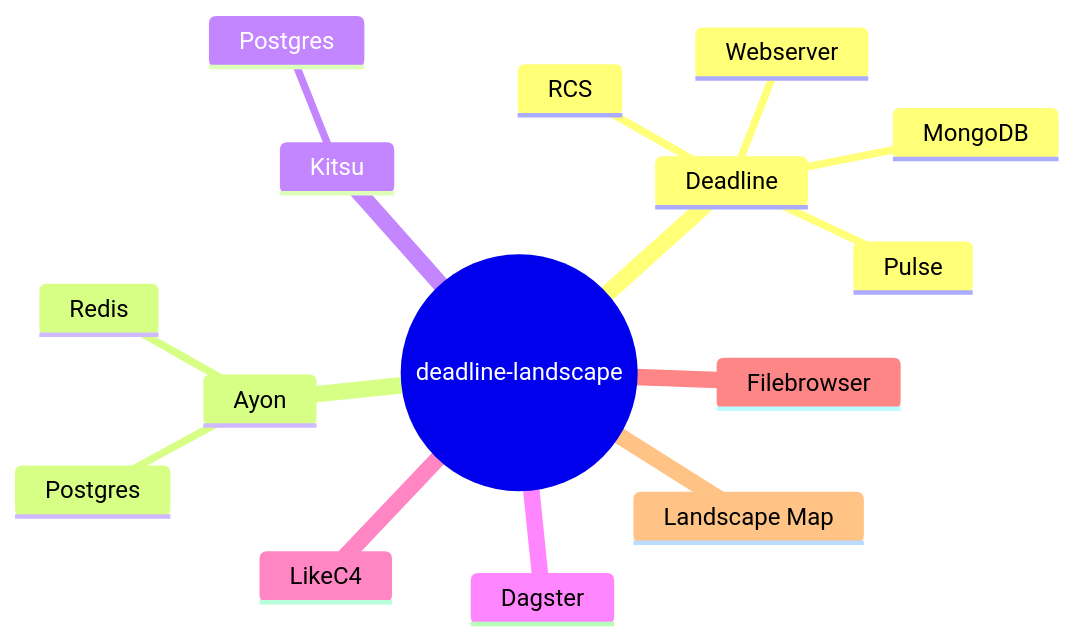
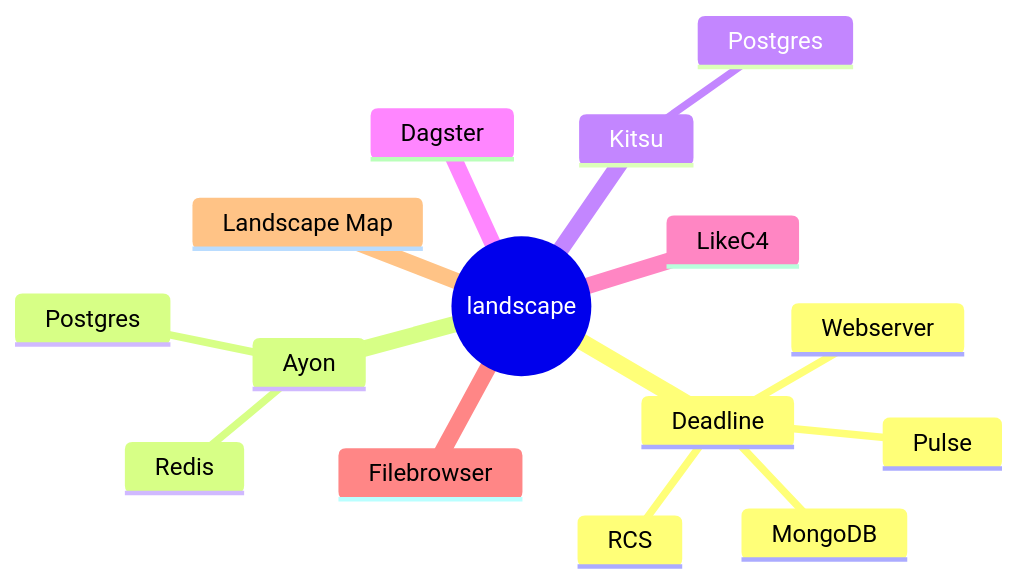
One commit to michimussato/OpenStudioLandscapes changed the diagram in README.md. Above: the diagram before and after it, drawn with Mermaid.

Commit message:
refactor

````diff
--- a/README.md
+++ b/README.md
@@ -69,18 +69,18 @@
 ```mermaid
 mindmap
-  root((deadline-landscape))
+  root((landscape))
     Deadline
         RCS
         Webserver
         Pulse
         MongoDB
     Ayon
         Redis
         Postgres
     Kitsu
         Postgres
     Dagster
     LikeC4
     Filebrowser
     Landscape Map
 ```
````
